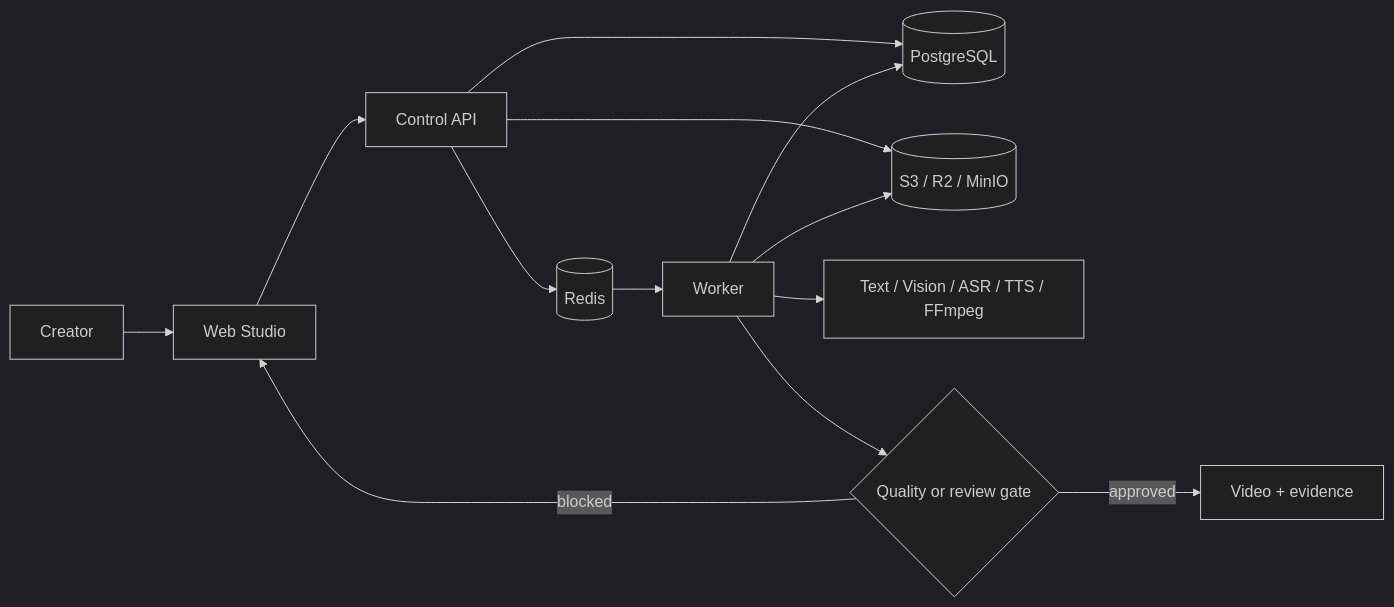
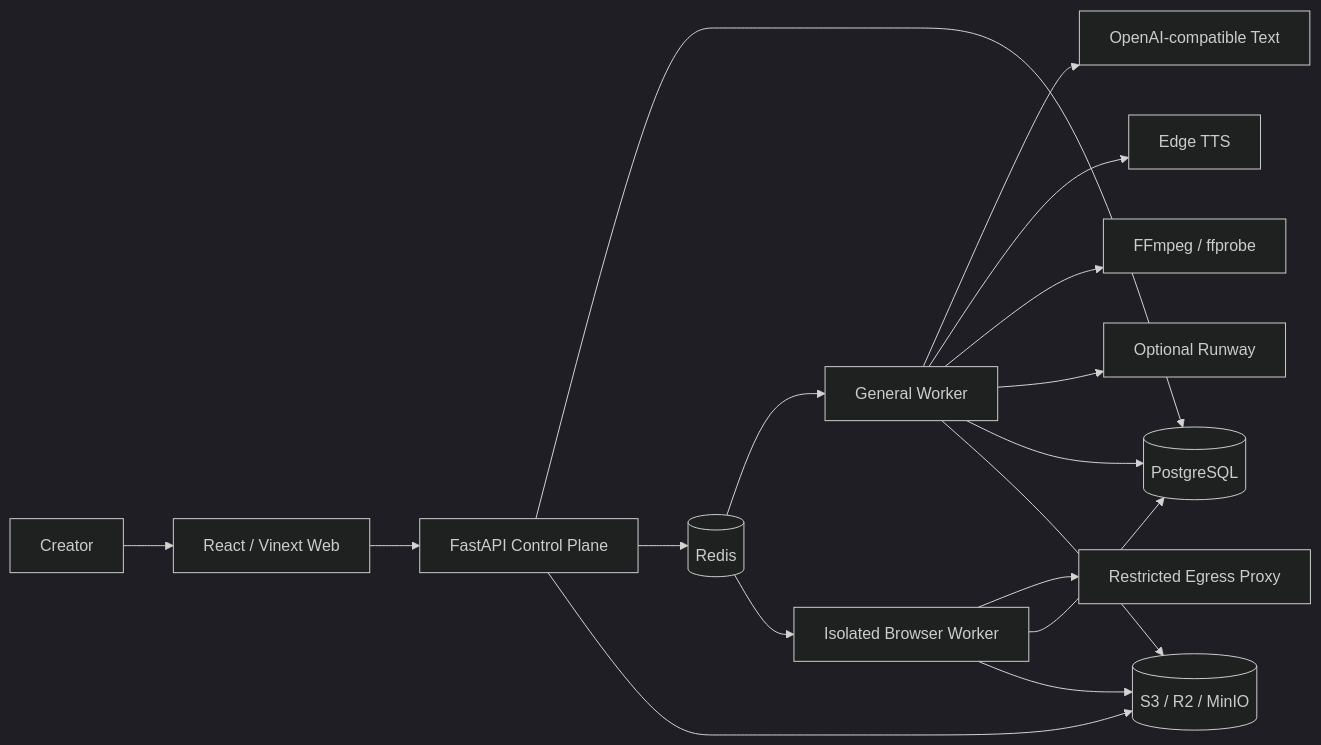
The diagram in README.md (JimmyZhang06/vistora), drawn with Mermaid (dark theme) before and after one commit. The commit also changed other lines of this file and 181 other files, not shown here.

````diff
--- a/README.md
+++ b/README.md
@@ -36,15 +73,19 @@
 ```mermaid
 flowchart LR
-    Creator[Creator] --> Web[Web Studio]
-    Web --> API[Control API]
+    User[Creator] --> Web[React / Vinext Web]
+    Web --> API[FastAPI Control Plane]
     API --> DB[(PostgreSQL)]
     API --> Queue[(Redis)]
     API --> Store[(S3 / R2 / MinIO)]
-    Queue --> Worker[Worker]
-    Worker --> Providers[Text / Vision / ASR / TTS / FFmpeg]
+    Queue --> Worker[General Worker]
+    Queue --> Capture[Isolated Browser Worker]
+    Worker --> Text[OpenAI-compatible Text]
+    Worker --> TTS[Edge TTS]
+    Worker --> Media[FFmpeg / ffprobe]
+    Worker --> Generation[Optional Runway]
+    Capture --> Proxy[Restricted Egress Proxy]
     Worker --> DB
+    Capture --> DB
     Worker --> Store
-    Worker --> Review{Quality or review gate}
-    Review -->|approved| Result[Video + evidence]
-    Review -->|blocked| Web
+    Capture --> Store
 ```
````
